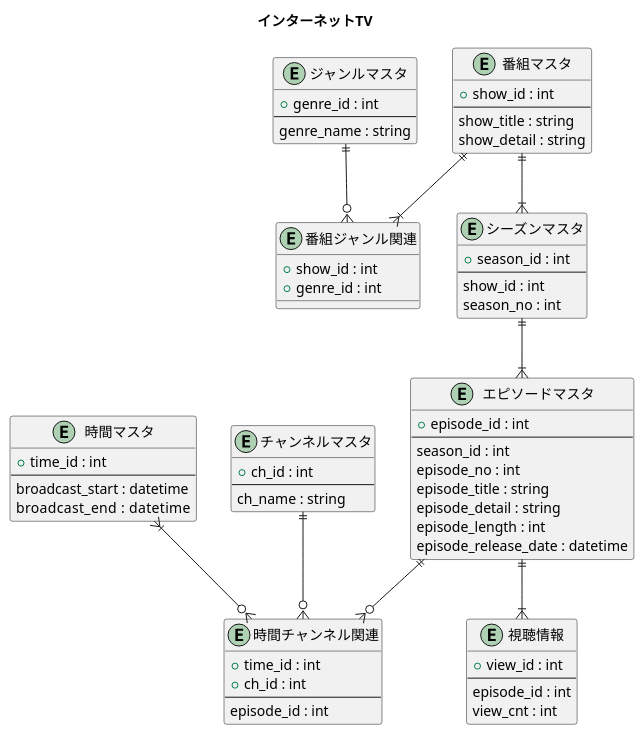
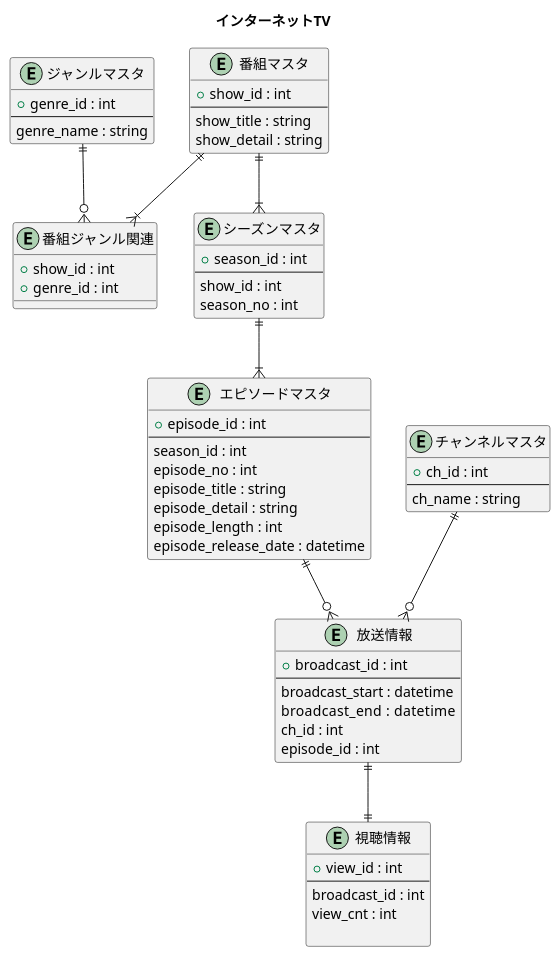
Before and after one commit to ryuseim1115/apprentice-term2: the diagram in doc/internet_tv_er.pu, drawn with PlantUML. The commit also changed 15 other files, not shown here.

```diff
--- a/doc/internet_tv_er.pu
+++ b/doc/internet_tv_er.pu
@@ -1,94 +1,94 @@
 @startuml TERM2
 title インターネットTV
 
 ' ====================
 ' 番組・ジャンル系
 ' ====================
 entity "番組マスタ" as show_master {
     + show_id : int
     --
     show_title : string
     show_detail : string  
 }
 
 entity "ジャンルマスタ" as genre_master{
     + genre_id : int
     --
     genre_name : string
 }
 
 entity "番組ジャンル関連" as show_genre {
     + show_id : int
     + genre_id : int
 }
 
 ' ====================
 ' シーズン・エピソード系
 ' ====================
 entity "シーズンマスタ" as season_master {
     + season_id : int
     --
     show_id : int
     season_no : int
 }
 
 entity "エピソードマスタ" as episode_master{
     + episode_id : int
     --
     season_id : int
     episode_no : int
     episode_title : string
     episode_detail : string
     episode_length : int
     episode_release_date : datetime
 }
 
 ' ====================
-' 時間・チャンネル系
+' チャンネル系
 ' ====================
-entity "時間マスタ" as time_master {
-    + time_id : int
-    --
-    broadcast_start : datetime
-    broadcast_end   : datetime
-}
 
 entity "チャンネルマスタ" as ch_master {
     + ch_id : int
     --
     ch_name : string
 }
 
-entity "時間チャンネル関連" as time_ch{
-    + time_id : int
-    + ch_id : int
+' ====================
+' 放送情報系
+' ====================
+
+entity "放送情報" as broadcast {
+    + broadcast_id : int
     --
+    broadcast_start : datetime
+    broadcast_end   : datetime
+    ch_id : int
     episode_id : int
 }
 
 ' ====================
 ' 視聴実績系
 ' ====================
 entity "視聴情報" as view_info {
    + view_id : int
    --
-   episode_id : int
+   broadcast_id : int
    view_cnt : int
+   
 }
 
 ' ====================
 ' リレーション
 ' ====================
 show_master   ||--|{ season_master
 season_master||--|{ episode_master
 
-episode_master ||--o{ time_ch
-time_master }|--o{ time_ch
-ch_master ||--o{ time_ch
+episode_master ||--o{ broadcast
+ch_master ||--o{ broadcast
 
-episode_master ||--|{ view_info
+broadcast ||--|| view_info
 
 show_master ||--|{ show_genre
 genre_master ||--o{ show_genre
 
 @enduml
```
